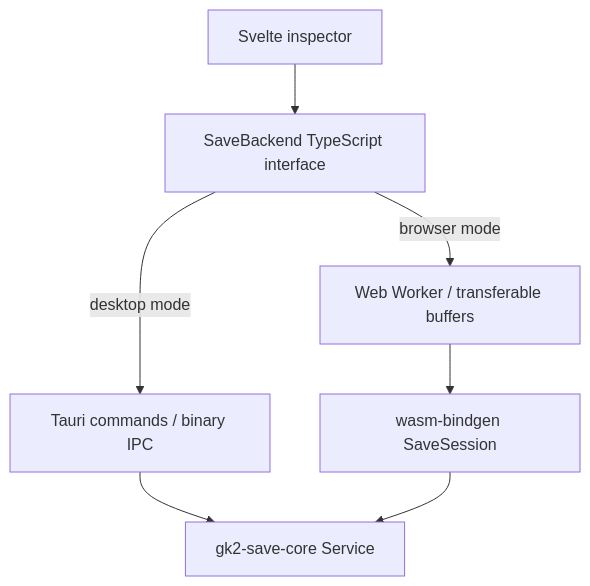
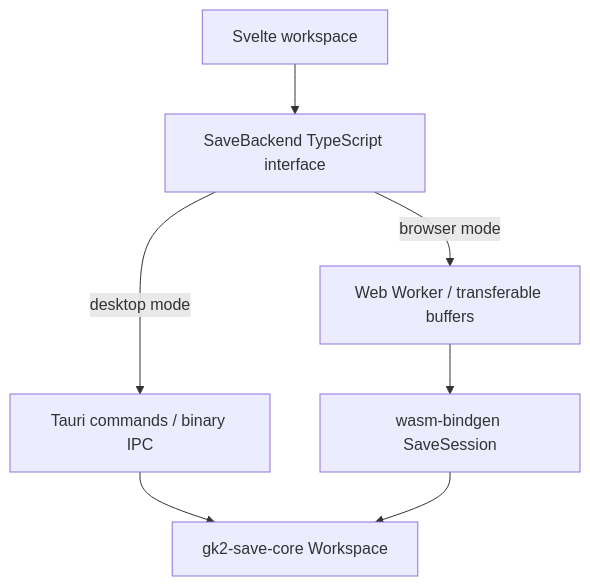
Before and after one commit to NetroScript/graveyard-keeper-2-savegame-editor: the diagram in docs/builds.md, drawn with Mermaid. The commit also changed other lines of this file and 44 other files, not shown here.

Commit message:
Build multi-save editor workspace

````diff
--- a/docs/builds.md
+++ b/docs/builds.md
@@ -5,9 +5,9 @@
 ```mermaid
 flowchart TD
-    UI[Svelte inspector] --> API[SaveBackend TypeScript interface]
+    UI[Svelte workspace] --> API[SaveBackend TypeScript interface]
     API -->|desktop mode| IPC[Tauri commands / binary IPC]
     API -->|browser mode| Worker[Web Worker / transferable buffers]
     Worker --> WASM[wasm-bindgen SaveSession]
-    IPC --> Core[gk2-save-core Service]
+    IPC --> Core[gk2-save-core Workspace]
     WASM --> Core
 ```
````
